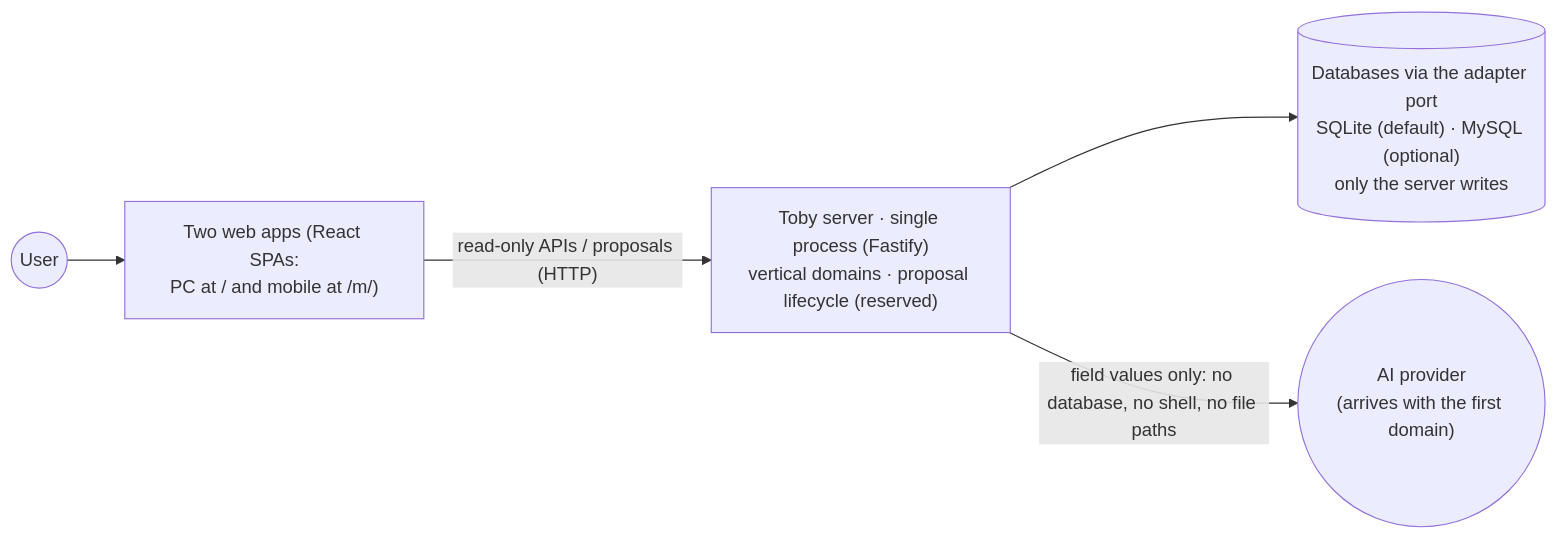
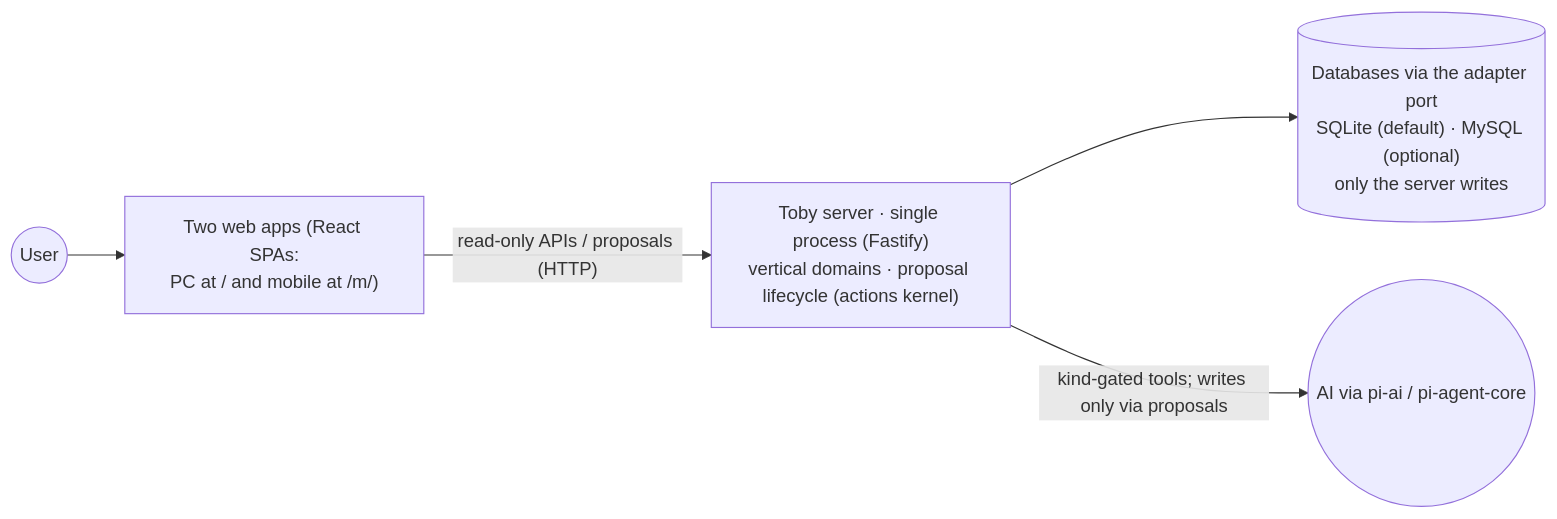
Before and after one commit to dengyusys/toby: the first of 3 diagrams in docs/system-overview.md, drawn with Mermaid. The commit also changed other lines of this file and 46 other files, not shown here.

````diff
--- a/docs/system-overview.md
+++ b/docs/system-overview.md
@@ -23,7 +23,7 @@
 ```mermaid
 flowchart LR
     U(("User")) --> W["Two web apps (React SPAs:<br/>PC at / and mobile at /m/)"]
-    W -->|"read-only APIs / proposals (HTTP)"| S["Toby server · single process (Fastify)<br/>vertical domains · proposal lifecycle (reserved)"]
+    W -->|"read-only APIs / proposals (HTTP)"| S["Toby server · single process (Fastify)<br/>vertical domains · proposal lifecycle (actions kernel)"]
     S --> DB[("Databases via the adapter port<br/>SQLite (default) · MySQL (optional)<br/>only the server writes")]
-    S -->|"field values only: no database, no shell, no file paths"| AI(("AI provider<br/>(arrives with the first domain)"))
+    S -->|"kind-gated tools; writes only via proposals"| AI(("AI via pi-ai / pi-agent-core"))
 ```
````
